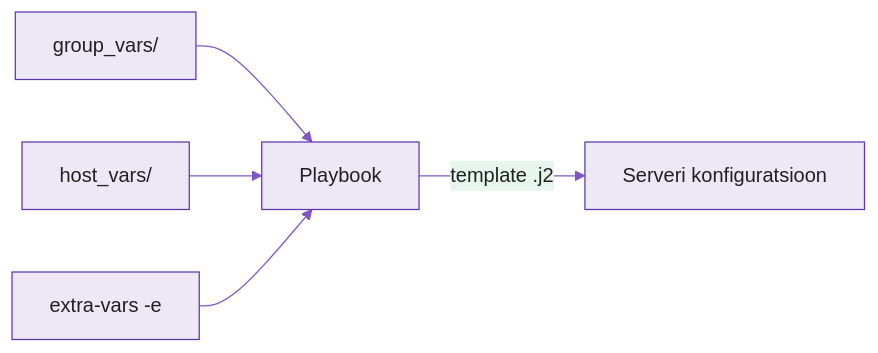
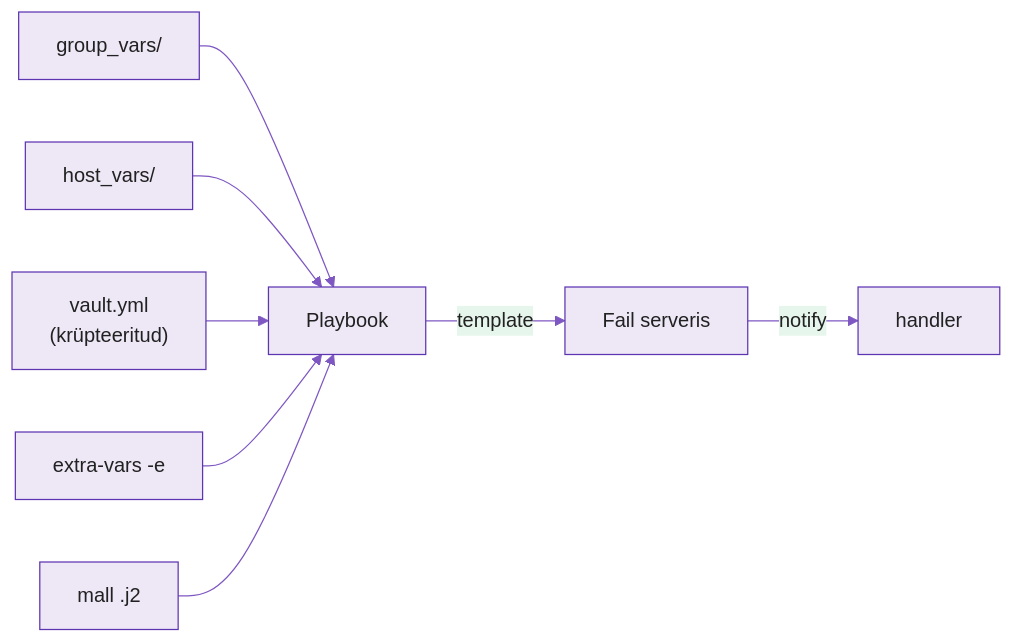
One commit to hkhk-automation/devops changed the first of 4 diagrams in docs/week04/lecture.md. Above: the diagram before and after it, drawn with Mermaid. The commit also changed other lines of this file and 8 other files, not shown here.

Commit message:
Add SVG diagrams for copy vs template, group_vars structure, and vault chain

````diff
--- a/docs/week04/lecture.md
+++ b/docs/week04/lecture.md
@@ -45,8 +66,11 @@
 ```mermaid
 %%{init: {'theme':'base','themeVariables':{'primaryColor':'#ede7f6','primaryBorderColor':'#5e35b1','primaryTextColor':'#212121','lineColor':'#7e57c2'}}}%%
 graph LR
     A[group_vars/] --> P[Playbook]
     B[host_vars/] --> P
+    V["vault.yml<br/>(krüpteeritud)"] --> P
     C[extra-vars -e] --> P
-    P -->|template .j2| S[Serveri konfiguratsioon]
+    M["mall .j2"] --> P
+    P -->|template| S[Fail serveris]
+    S -->|notify| H[handler]
 ```
````
